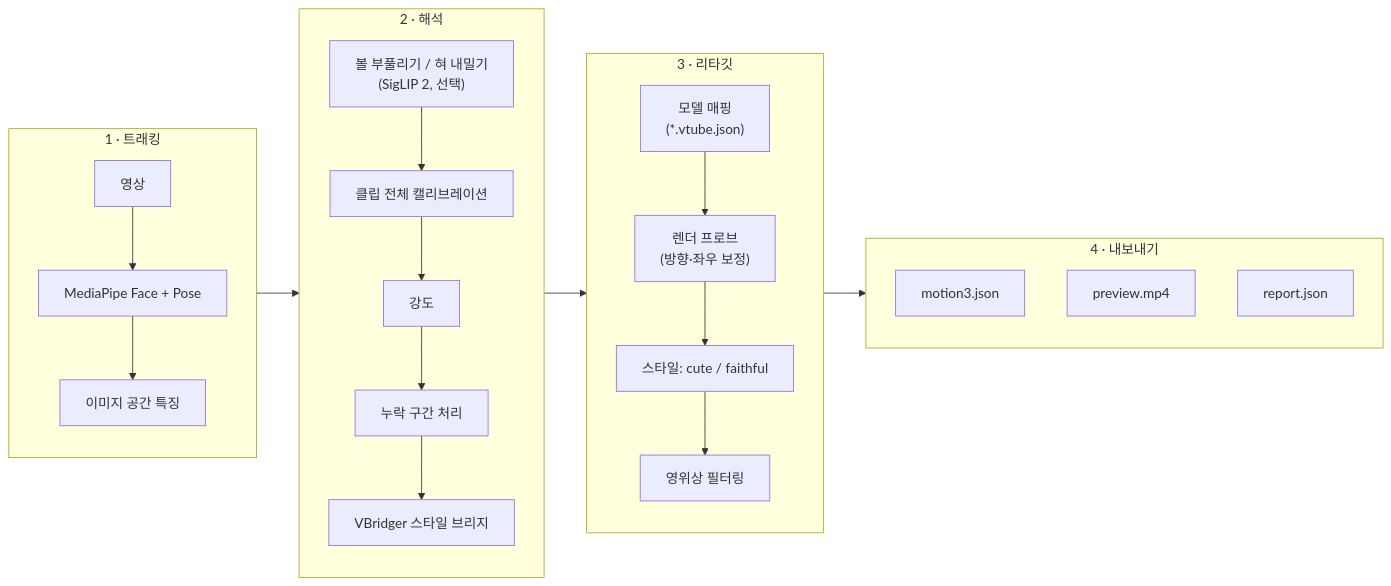
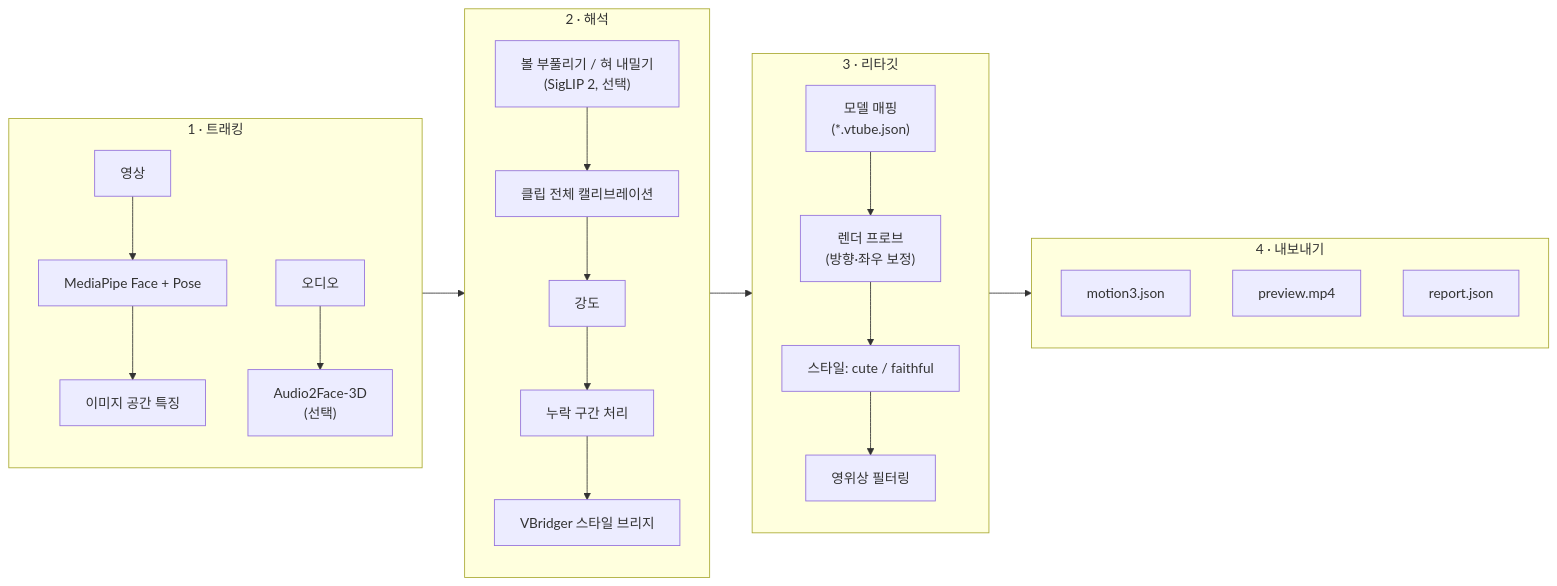
One commit to FMsongX2/video2live2d changed the diagram in README.ko.md. Above: the diagram before and after it, drawn with Mermaid. The commit also changed other lines of this file and 34 other files, not shown here.

First line of the commit message:
Audio2Live2D: speech audio drives the face through NVIDIA Audio2Face-3D

````diff
--- a/README.ko.md
+++ b/README.ko.md
@@ -38,28 +39,29 @@
 ```mermaid
 flowchart LR
     subgraph S1["1 · 트래킹"]
         direction TB
         A["영상"] --> B["MediaPipe Face + Pose"]
         B --> C["이미지 공간 특징"]
+        A2["오디오"] --> A3["Audio2Face-3D<br/>(선택)"]
     end
     subgraph S2["2 · 해석"]
         direction TB
         E["볼 부풀리기 / 혀 내밀기<br/>(SigLIP 2, 선택)"] --> D["클립 전체 캘리브레이션"]
         D --> P["강도"]
         P --> F["누락 구간 처리"]
         F --> G["VBridger 스타일 브리지"]
     end
     subgraph S3["3 · 리타깃"]
         direction TB
         H["모델 매핑<br/>(*.vtube.json)"] --> I["렌더 프로브<br/>(방향·좌우 보정)"]
         I --> J["스타일: cute / faithful"]
         J --> K["영위상 필터링"]
     end
     subgraph S4["4 · 내보내기"]
         direction TB
         L["motion3.json"]
         M["preview.mp4"]
         N["report.json"]
     end
     S1 --> S2 --> S3 --> S4
 ```
````
